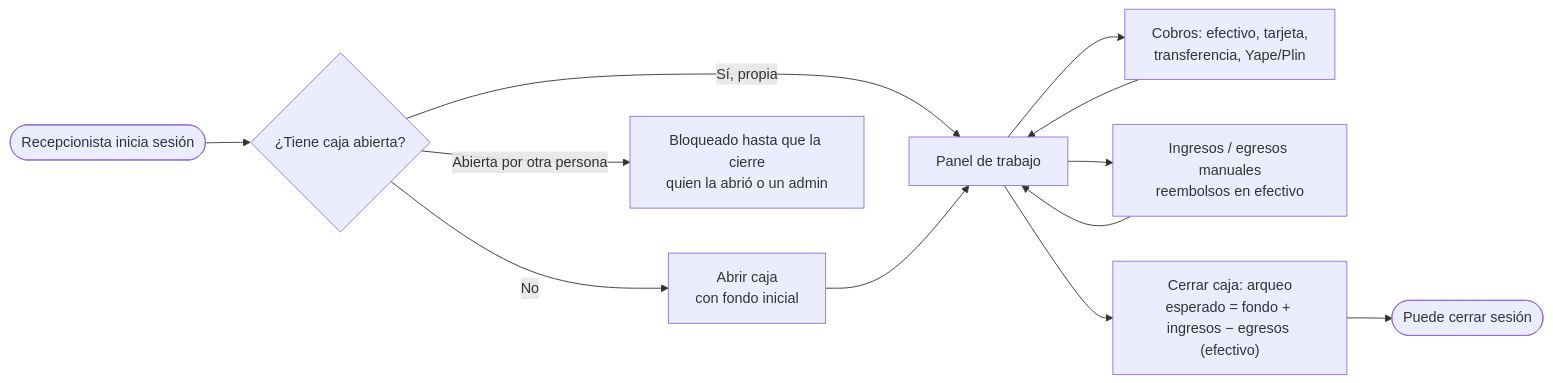
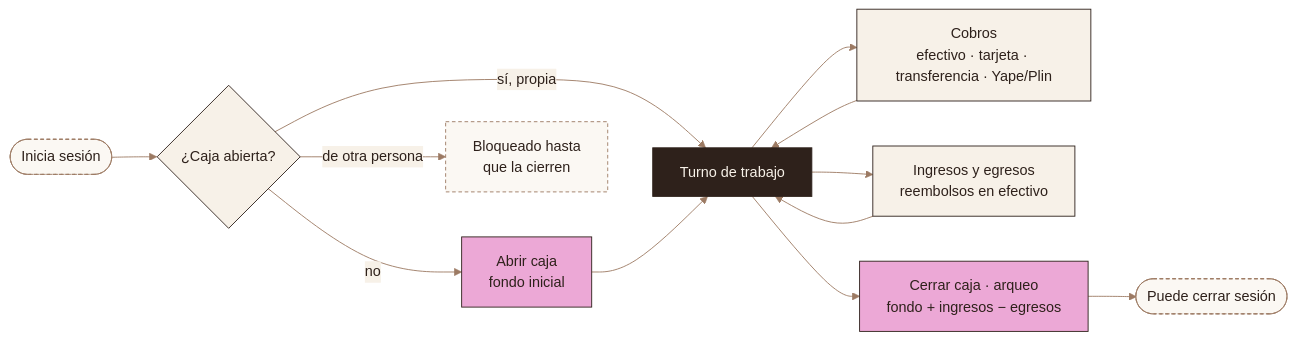
The fifth of 8 diagrams in README.md (HotelGotitass/Hotel), drawn with Mermaid before and after one commit. The commit also changed other lines of this file, not shown here.

Commit message:
docs: rediseno del README con encabezado, tarjetas y diagramas con la paleta de marca

````diff
--- a/README.md
+++ b/README.md
@@ -101,14 +126,18 @@
 ```mermaid
+%%{init: {"theme":"base","themeVariables":{"primaryColor":"#F7F1E8","primaryTextColor":"#2E211B","primaryBorderColor":"#2E211B","lineColor":"#9C7A63","secondaryColor":"#ECA8D6","tertiaryColor":"#FBF8F3","edgeLabelBackground":"#F7F1E8","noteBkgColor":"#ECA8D6","noteTextColor":"#2E211B","noteBorderColor":"#2E211B","actorBkg":"#2E211B","actorTextColor":"#F7F1E8","actorBorder":"#2E211B","actorLineColor":"#9C7A63","signalColor":"#9C7A63","signalTextColor":"#9C7A63","labelBoxBkgColor":"#ECA8D6","labelTextColor":"#2E211B","loopTextColor":"#9C7A63","attributeBackgroundColorOdd":"#FBF8F3","attributeBackgroundColorEven":"#F7F1E8"}}}%%
 flowchart LR
-    A(["Recepcionista inicia sesión"]) --> B{"¿Tiene caja abierta?"}
-    B -->|"No"| C["Abrir caja<br/>con fondo inicial"]
-    B -->|"Sí, propia"| D["Panel de trabajo"]
-    B -->|"Abierta por otra persona"| X["Bloqueado hasta que la cierre<br/>quien la abrió o un admin"]
+    A(["Inicia sesión"]):::ext --> B{"¿Caja abierta?"}
+    B -->|"no"| C["Abrir caja<br/>fondo inicial"]:::accent
+    B -->|"sí, propia"| D["Turno de trabajo"]:::dark
+    B -->|"de otra persona"| X["Bloqueado hasta<br/>que la cierren"]:::ext
     C --> D
-    D --> E["Cobros: efectivo, tarjeta,<br/>transferencia, Yape/Plin"]
-    D --> F["Ingresos / egresos manuales<br/>reembolsos en efectivo"]
+    D --> E["Cobros<br/>efectivo · tarjeta · transferencia · Yape/Plin"]
+    D --> F["Ingresos y egresos<br/>reembolsos en efectivo"]
     E --> D
     F --> D
-    D --> G["Cerrar caja: arqueo<br/>esperado = fondo + ingresos − egresos (efectivo)"]
-    G --> H(["Puede cerrar sesión"])
+    D --> G["Cerrar caja · arqueo<br/>fondo + ingresos − egresos"]:::accent
+    G --> H(["Puede cerrar sesión"]):::ext
+    classDef dark fill:#2E211B,stroke:#2E211B,color:#F7F1E8
+    classDef accent fill:#ECA8D6,stroke:#2E211B,color:#2E211B
+    classDef ext fill:#FBF8F3,stroke:#9C7A63,color:#2E211B,stroke-dasharray:4 3
 ```
````
